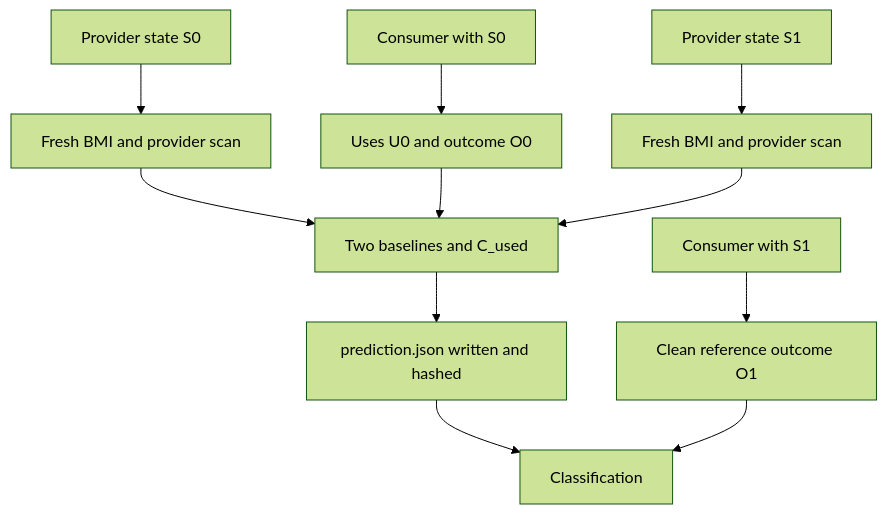
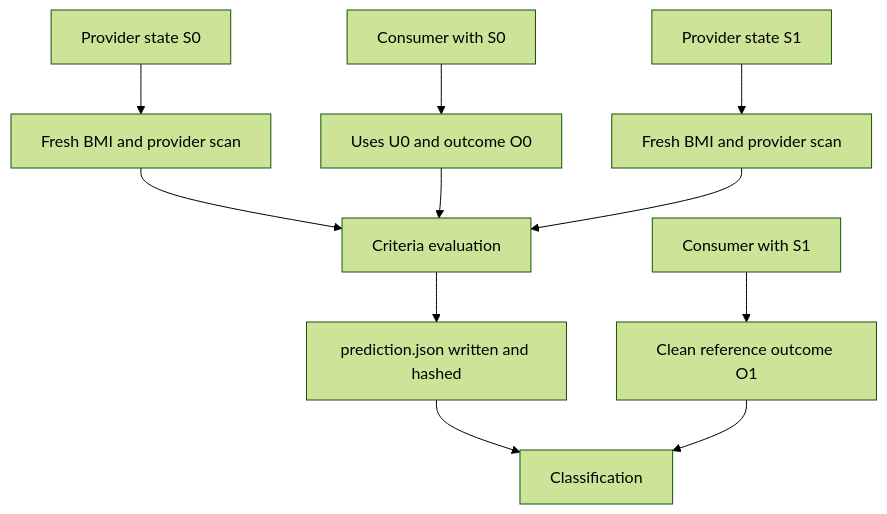
One commit to flicherr/mdda changed the diagram in docs/architecture.md. Above: the diagram before and after it, drawn with Mermaid (forest theme). The commit also changed other lines of this file and 935 other files, not shown here.

````diff
--- a/docs/architecture.md
+++ b/docs/architecture.md
@@ -28,13 +28,13 @@
 ```mermaid
 flowchart TD
     P0["Provider state S0"] --> B0["Fresh BMI and provider scan"]
     C0["Consumer with S0"] --> U0["Uses U0 and outcome O0"]
     P1["Provider state S1"] --> B1["Fresh BMI and provider scan"]
-    B0 --> PR["Two baselines and C_used"]
+    B0 --> PR["Criteria evaluation"]
     U0 --> PR
     B1 --> PR
     PR --> F["prediction.json written and hashed"]
     C1["Consumer with S1"] --> O1["Clean reference outcome O1"]
     F --> CL["Classification"]
     O1 --> CL
 ```
````
